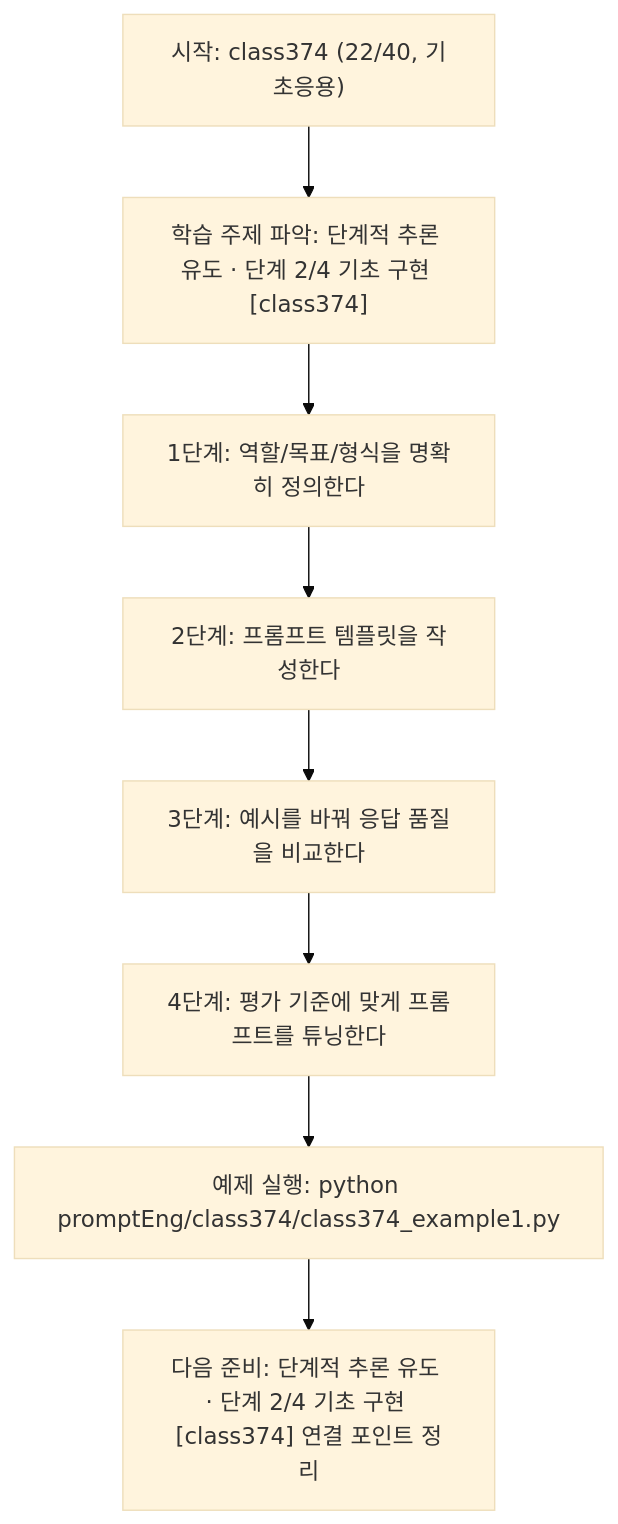
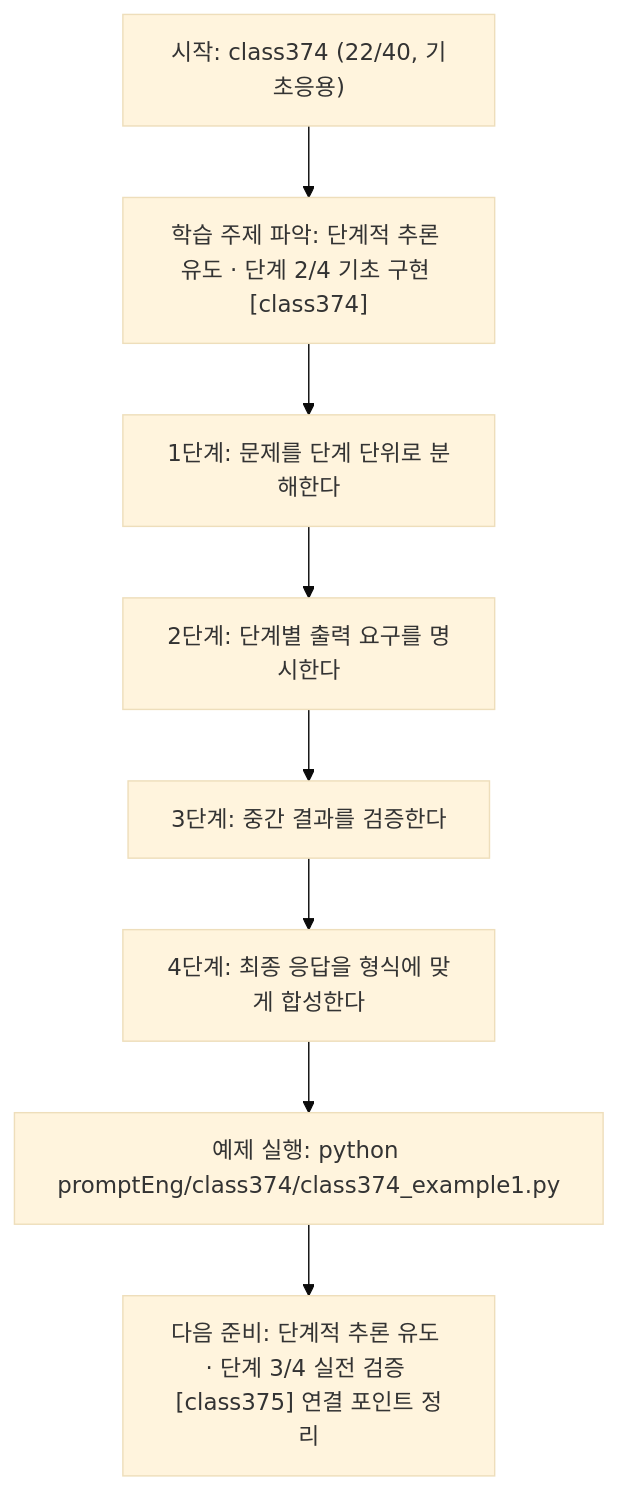
One commit to edumgt/Python-AI_Agent-Class changed the diagram in promptEng/class374/class374.md. Above: the diagram before and after it, drawn with Mermaid (base theme). The commit also changed other lines of this file and 283 other files, not shown here.

````diff
--- a/promptEng/class374/class374.md
+++ b/promptEng/class374/class374.md
@@ -110,18 +91,18 @@
 ```mermaid
 flowchart TD
 N1["시작: class374 (22/40, 기초응용)"]
 N2["학습 주제 파악: 단계적 추론 유도 · 단계 2/4 기초 구현 [class374]"]
-N3["1단계: 역할/목표/형식을 명확히 정의한다"]
-N4["2단계: 프롬프트 템플릿을 작성한다"]
-N5["3단계: 예시를 바꿔 응답 품질을 비교한다"]
-N6["4단계: 평가 기준에 맞게 프롬프트를 튜닝한다"]
+N3["1단계: 문제를 단계 단위로 분해한다"]
+N4["2단계: 단계별 출력 요구를 명시한다"]
+N5["3단계: 중간 결과를 검증한다"]
+N6["4단계: 최종 응답을 형식에 맞게 합성한다"]
 N7["예제 실행: python promptEng/class374/class374_example1.py"]
-N8["다음 준비: 단계적 추론 유도 · 단계 2/4 기초 구현 [class374] 연결 포인트 정리"]
+N8["다음 준비: 단계적 추론 유도 · 단계 3/4 실전 검증 [class375] 연결 포인트 정리"]
 N1 --> N2
 N2 --> N3
 N3 --> N4
 N4 --> N5
 N5 --> N6
 N6 --> N7
 N7 --> N8
 ```
````
